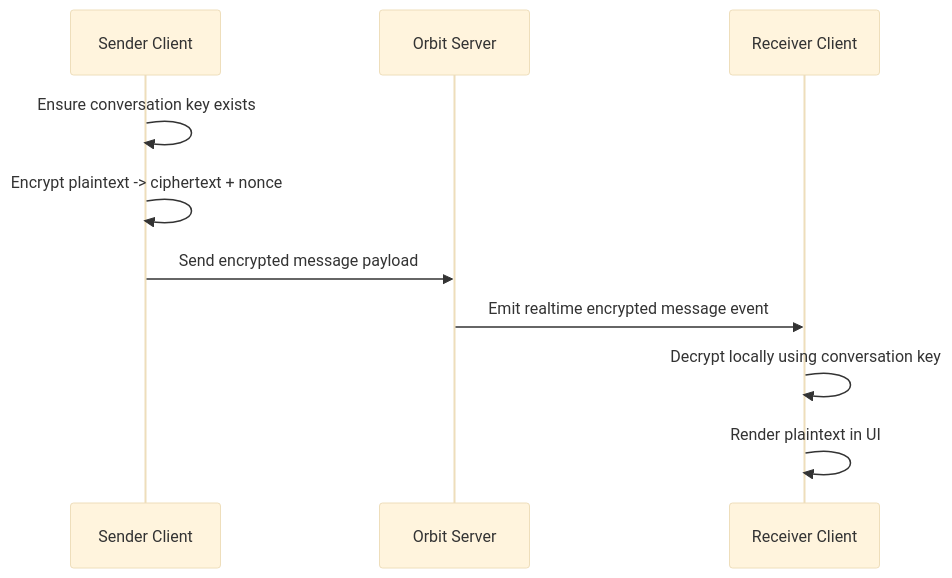
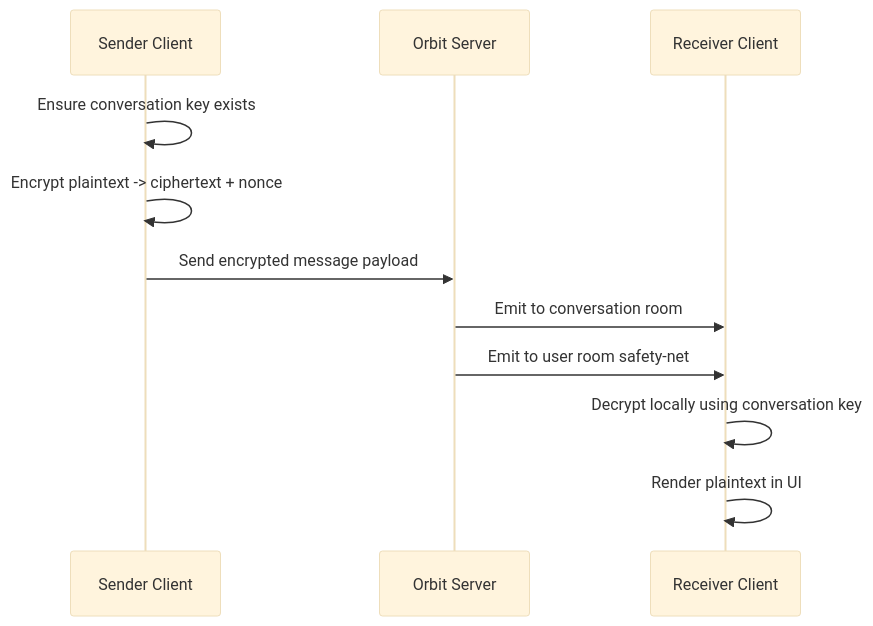
Before and after one commit to orbit-chat/orbit-chat: the second of 5 diagrams in README.md, drawn with Mermaid (base theme). The commit also changed other lines of this file and 2 other files, not shown here.

````diff
--- a/README.md
+++ b/README.md
@@ -137,13 +146,14 @@
 ```mermaid
 sequenceDiagram
 	participant S as Sender Client
 	participant API as Orbit Server
 	participant R as Receiver Client
 
 	S->>S: Ensure conversation key exists
 	S->>S: Encrypt plaintext -> ciphertext + nonce
 	S->>API: Send encrypted message payload
-	API->>R: Emit realtime encrypted message event
+	API->>R: Emit to conversation room
+	API->>R: Emit to user room safety-net
 	R->>R: Decrypt locally using conversation key
 	R->>R: Render plaintext in UI
 ```
````
